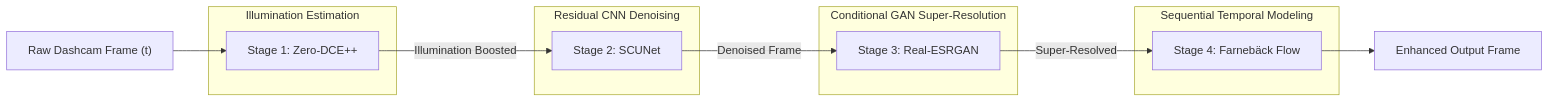
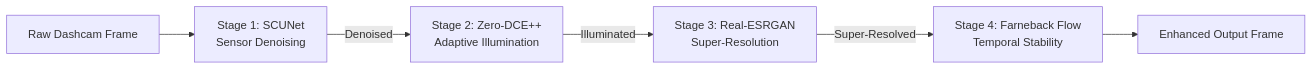
The diagram in README.md (Ray000i/DashClarity-AI), drawn with Mermaid before and after one commit. The commit also changed other lines of this file, not shown here.

Commit message:
fix(docs): fix mermaid diagram syntax for GitHub markdown rendering and align stage order

````diff
--- a/README.md
+++ b/README.md
@@ -51,21 +51,8 @@
 ```mermaid
 flowchart LR
-    A["Raw Dashcam Frame (t)"] --> B["Stage 1: Zero-DCE++"]
-    B -->|"Illumination Boosted"| C["Stage 2: SCUNet"]
-    C -->|"Denoised Frame"| D["Stage 3: Real-ESRGAN"]
-    D -->|"Super-Resolved"| E["Stage 4: Farnebäck Flow"]
-    E --> F["Enhanced Output Frame"]
-    
-    subgraph "Illumination Estimation"
-        B
-    end
-    subgraph "Residual CNN Denoising"
-        C
-    end
-    subgraph "Conditional GAN Super-Resolution"
-        D
-    end
-    subgraph "Sequential Temporal Modeling"
-        E
-    end
+    A[Raw Dashcam Frame] --> B[Stage 1: SCUNet<br/>Sensor Denoising]
+    B -->|Denoised| C[Stage 2: Zero-DCE++<br/>Adaptive Illumination]
+    C -->|Illuminated| D[Stage 3: Real-ESRGAN<br/>Super-Resolution]
+    D -->|Super-Resolved| E[Stage 4: Farneback Flow<br/>Temporal Stability]
+    E --> F[Enhanced Output Frame]
 ```
````
